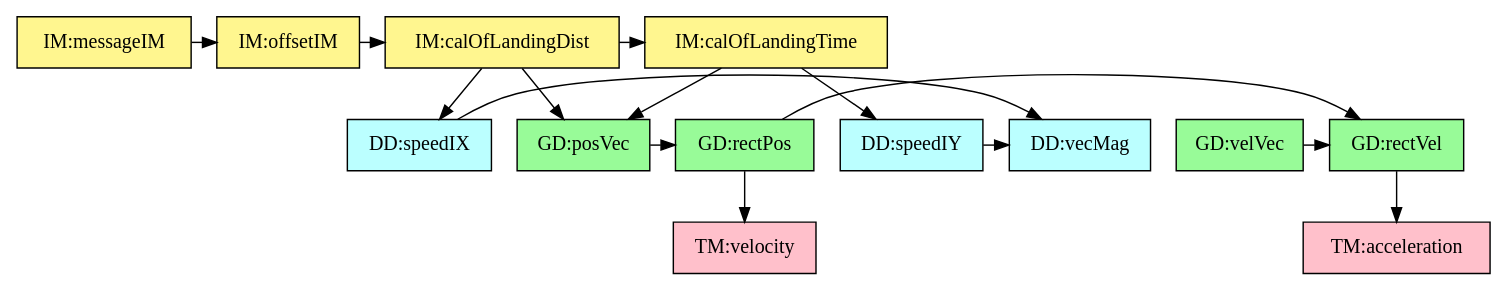
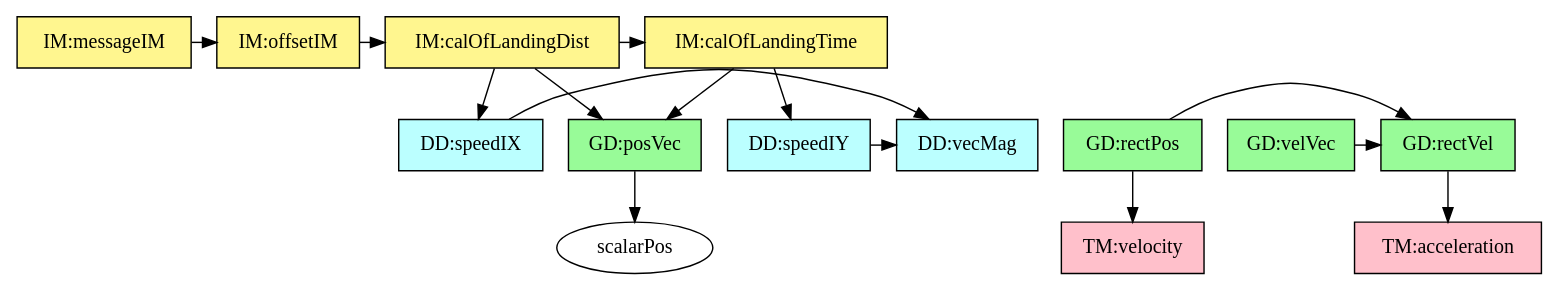
Before and after one commit to JacquesCarette/Drasil: the diagram in code/stable/projectile/TraceyGraph/refvsref.dot, drawn with Graphviz. The commit also changed 3 other files, not shown here.

Commit message:
Fix graph files in stable to graph rectPos with time dependency

```diff
--- a/code/stable/projectile/TraceyGraph/refvsref.dot
+++ b/code/stable/projectile/TraceyGraph/refvsref.dot
@@ -1,55 +1,55 @@
 digraph refvsref {
 	ixVel -> speed;
 	iyVel -> speed;
 	projSpeed -> accelerationTM;
-	scalarPos -> velocityTM;
-	scalarPos -> projSpeed;
+	projPos -> velocityTM;
+	projPos -> projSpeed;
 	velocity -> projSpeed;
 	position -> scalarPos;
 	flightduration -> iyVel;
 	flightduration -> position;
 	landingposition -> ixVel;
 	landingposition -> position;
 	landingposition -> flightduration;
 	offset -> landingposition;
 	message -> offset;
 
 
 	speed	[shape=box, color=black, style=filled, fillcolor=paleturquoise1, label="DD:vecMag"];
 	ixVel	[shape=box, color=black, style=filled, fillcolor=paleturquoise1, label="DD:speedIX"];
 	iyVel	[shape=box, color=black, style=filled, fillcolor=paleturquoise1, label="DD:speedIY"];
 
 	subgraph DD {
 	rank="same"
 	{speed, ixVel, iyVel}
 	}
 
 	accelerationTM	[shape=box, color=black, style=filled, fillcolor=pink, label="TM:acceleration"];
 	velocityTM	[shape=box, color=black, style=filled, fillcolor=pink, label="TM:velocity"];
 
 	subgraph TM {
 	rank="same"
 	{accelerationTM, velocityTM}
 	}
 
 	projSpeed	[shape=box, color=black, style=filled, fillcolor=palegreen, label="GD:rectVel"];
-	scalarPos	[shape=box, color=black, style=filled, fillcolor=palegreen, label="GD:rectPos"];
+	projPos	[shape=box, color=black, style=filled, fillcolor=palegreen, label="GD:rectPos"];
 	velocity	[shape=box, color=black, style=filled, fillcolor=palegreen, label="GD:velVec"];
 	position	[shape=box, color=black, style=filled, fillcolor=palegreen, label="GD:posVec"];
 
 	subgraph GD {
 	rank="same"
-	{projSpeed, scalarPos, velocity, position}
+	{projSpeed, projPos, velocity, position}
 	}
 
 	flightduration	[shape=box, color=black, style=filled, fillcolor=khaki1, label="IM:calOfLandingTime"];
 	landingposition	[shape=box, color=black, style=filled, fillcolor=khaki1, label="IM:calOfLandingDist"];
 	offset	[shape=box, color=black, style=filled, fillcolor=khaki1, label="IM:offsetIM"];
 	message	[shape=box, color=black, style=filled, fillcolor=khaki1, label="IM:messageIM"];
 
 	subgraph IM {
 	rank="same"
 	{flightduration, landingposition, offset, message}
 	}
 
 }
```
